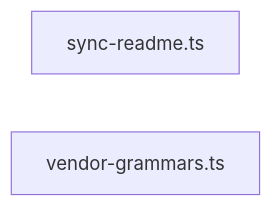
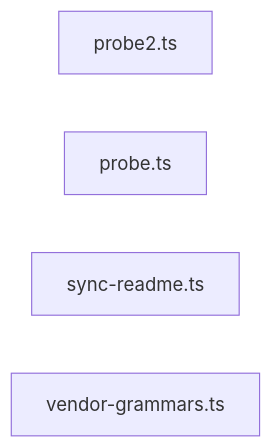
Before and after one commit to sns45/greplost: the diagram in .greplost/packages/greplost-monorepo/MAP.md, drawn with Mermaid. The commit also changed other lines of this file and 76 other files, not shown here.

````diff
--- a/.greplost/packages/greplost-monorepo/MAP.md
+++ b/.greplost/packages/greplost-monorepo/MAP.md
@@ -24,5 +29,7 @@
 ```mermaid
 graph LR
+  _probe_leaf16_probe2_ts["probe2.ts"]
+  _probe_leaf16_probe_ts["probe.ts"]
   scripts_sync_readme_ts["sync-readme.ts"]
   scripts_vendor_grammars_ts["vendor-grammars.ts"]
 ```
````
